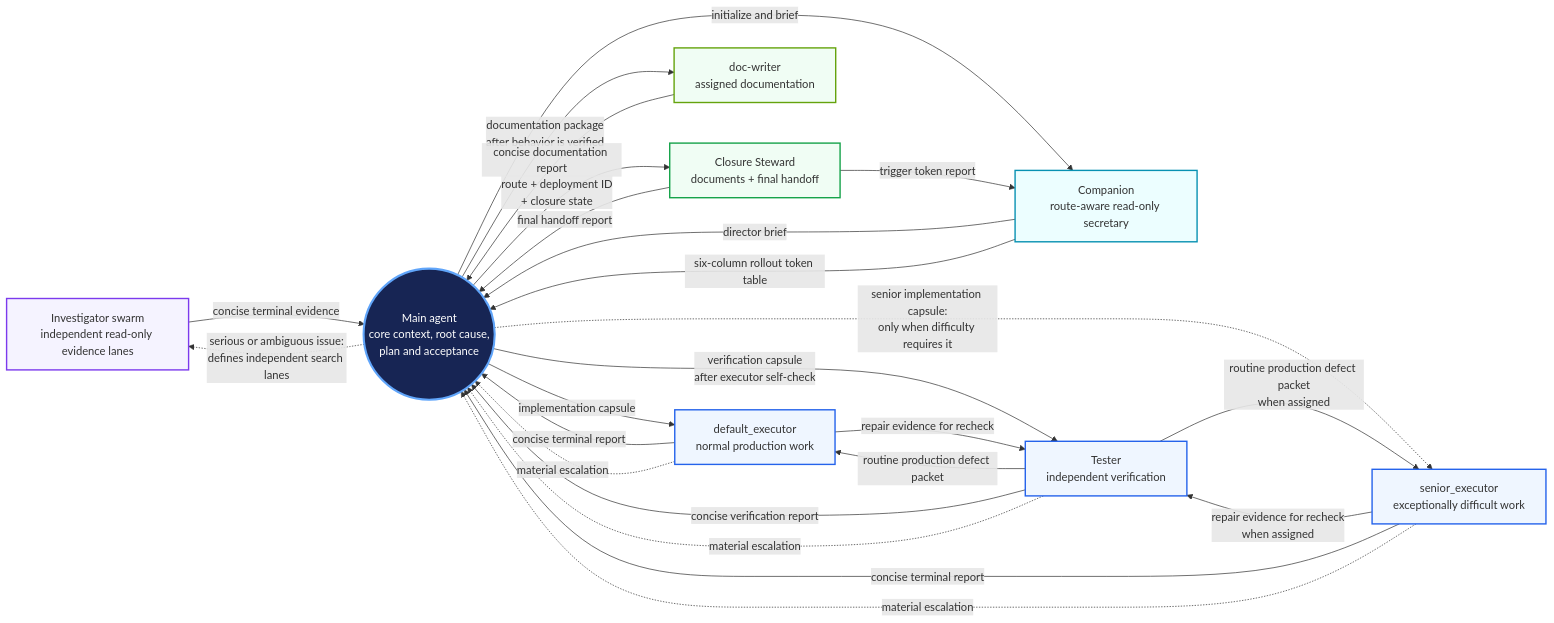
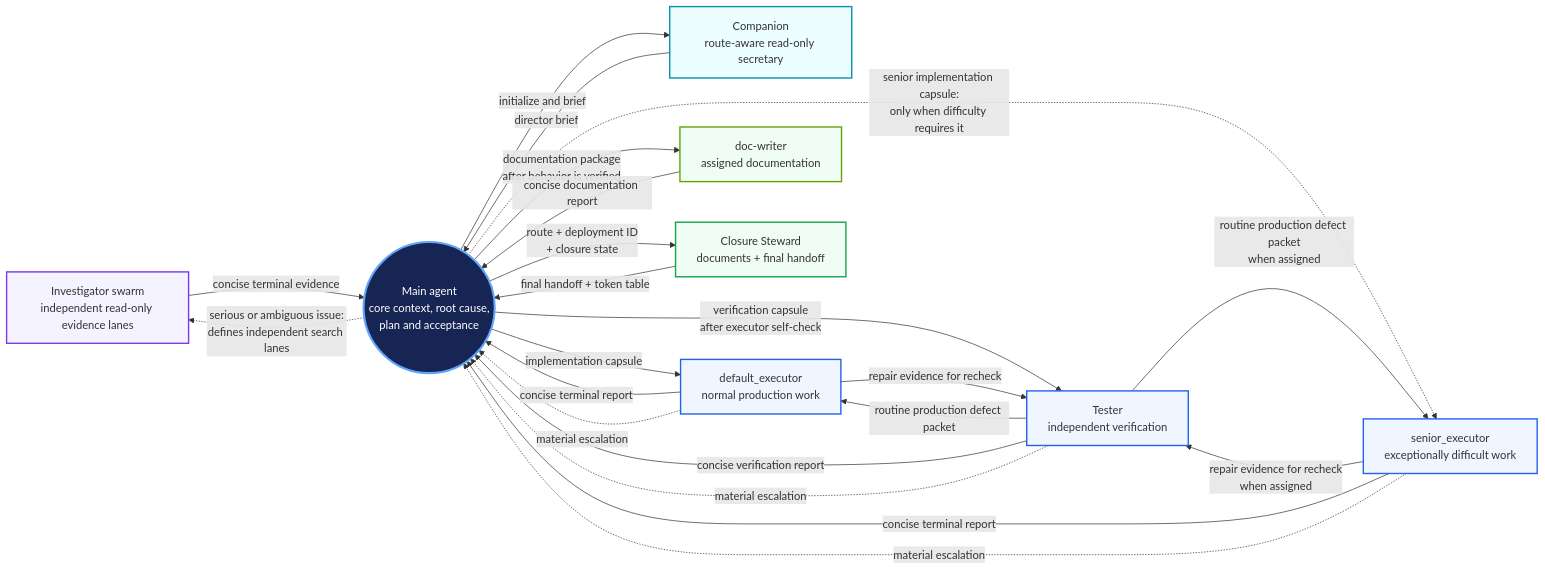
Before and after one commit to Aerox912/codex_workflow: the diagram in workflow_usage.md, drawn with Mermaid. The commit also changed other lines of this file and 19 other files, not shown here.

````diff
--- a/workflow_usage.md
+++ b/workflow_usage.md
@@ -380,51 +379,49 @@
 ```mermaid
 flowchart LR
     I["Investigator swarm<br/>independent read-only evidence lanes"]
     C["Companion<br/>route-aware read-only secretary"]
     M(("Main agent<br/>core context, root cause,<br/>plan and acceptance"))
     D["default_executor<br/>normal production work"]
     S["senior_executor<br/>exceptionally difficult work"]
     T["Tester<br/>independent verification"]
     W["doc-writer<br/>assigned documentation"]
     X["Closure Steward<br/>documents + final handoff"]
 
     M -->|initialize and brief| C
     M -.->|serious or ambiguous issue:<br/>defines independent search lanes| I
     C -->|director brief| M
     I -->|concise terminal evidence| M
 
     M -->|implementation capsule| D
     M -.->|senior implementation capsule:<br/>only when difficulty requires it| S
     M -->|verification capsule<br/>after executor self-check| T
     T -->|routine production defect packet| D
     D -->|repair evidence for recheck| T
     T -->|routine production defect packet<br/>when assigned| S
     S -->|repair evidence for recheck<br/>when assigned| T
     D -->|concise terminal report| M
     S -->|concise terminal report| M
     T -->|concise verification report| M
     D -.->|material escalation| M
     S -.->|material escalation| M
     T -.->|material escalation| M
 
     M -->|documentation package<br/>after behavior is verified| W
     W -->|concise documentation report| M
 
     M -->|route + deployment ID<br/>+ closure state| X
-    X -->|trigger token report| C
-    X -->|final handoff report| M
-    C -->|six-column rollout token table| M
+    X -->|final handoff + token table| M
 
     classDef center fill:#172554,color:#fff,stroke:#60a5fa,stroke-width:3px;
     classDef wrapper fill:#ecfeff,stroke:#0891b2,stroke-width:2px;
     classDef research fill:#f5f3ff,stroke:#7c3aed,stroke-width:2px;
     classDef execution fill:#eff6ff,stroke:#2563eb,stroke-width:2px;
     classDef documentation fill:#f0fdf4,stroke:#65a30d,stroke-width:2px;
     classDef closure fill:#f0fdf4,stroke:#16a34a,stroke-width:2px;
     class M center;
     class C wrapper;
     class I research;
     class D,S,T execution;
     class W documentation;
     class X closure;
 ```
````
